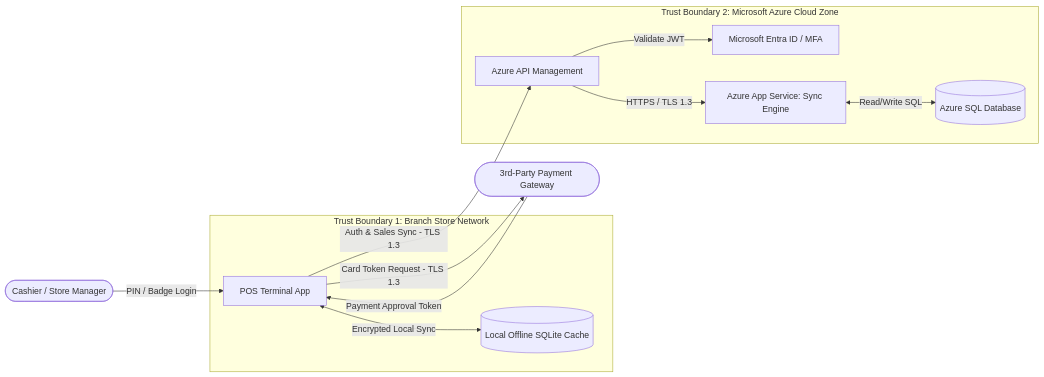
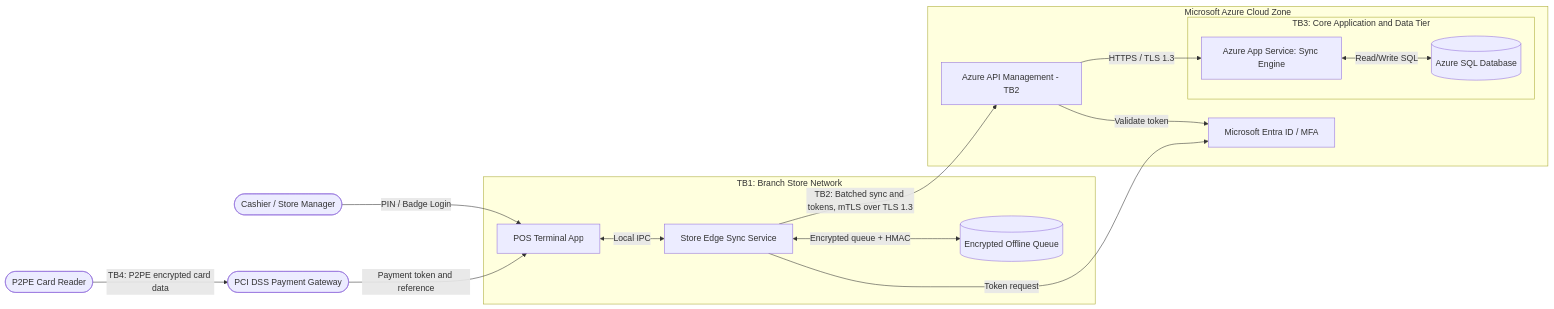
Before and after one commit to fhumulani-khadi/retail-pos-threat-model: the diagram in README.md, drawn with Mermaid. The commit also changed other lines of this file, not shown here.

````diff
--- a/README.md
+++ b/README.md
@@ -24,31 +15,32 @@
 ```mermaid
 flowchart LR
-    %% External Entities
     Cashier([Cashier / Store Manager])
-    PayGW([3rd-Party Payment Gateway])
+    Reader([P2PE Card Reader])
+    PayGW([PCI DSS Payment Gateway])
 
-    %% Trust Boundary 1: Branch Store LAN
-    subgraph TB1 [Trust Boundary 1: Branch Store Network]
+    subgraph TB1 [TB1: Branch Store Network]
         POS[POS Terminal App]
-        LocalDB[(Local Offline SQLite Cache)]
-        POS <-->|Encrypted Local Sync| LocalDB
+        SyncAgent[Store Edge Sync Service]
+        LocalDB[(Encrypted Offline Queue)]
+        POS <-->|Local IPC| SyncAgent
+        SyncAgent <-->|Encrypted queue + HMAC| LocalDB
     end
 
-    %% Trust Boundary 2: Azure Cloud VPC
-    subgraph TB2 [Trust Boundary 2: Microsoft Azure Cloud Zone]
-        APIGW[Azure API Management]
+    subgraph Azure [Microsoft Azure Cloud Zone]
+        APIGW[Azure API Management - TB2]
         IdP[Microsoft Entra ID / MFA]
-        SyncSvc[Azure App Service: Sync Engine]
-        CloudDB[(Azure SQL Database)]
-
-        APIGW -->|Validate JWT| IdP
+        subgraph TB3 [TB3: Core Application and Data Tier]
+            SyncSvc[Azure App Service: Sync Engine]
+            CloudDB[(Azure SQL Database)]
+        end
+        APIGW -->|Validate token| IdP
         APIGW -->|HTTPS / TLS 1.3| SyncSvc
         SyncSvc <-->|Read/Write SQL| CloudDB
     end
 
-    %% Cross-Boundary Flows
     Cashier -->|PIN / Badge Login| POS
-    POS -->|Auth & Sales Sync - TLS 1.3| APIGW
-    POS -->|Card Token Request - TLS 1.3| PayGW
-    PayGW -->|Payment Approval Token| POS
+    Reader -->|TB4: P2PE encrypted card data| PayGW
+    PayGW -->|Payment token and reference| POS
+    SyncAgent -->|TB2: Batched sync and tokens, mTLS over TLS 1.3| APIGW
+    SyncAgent -->|Token request| IdP
 ```
````
